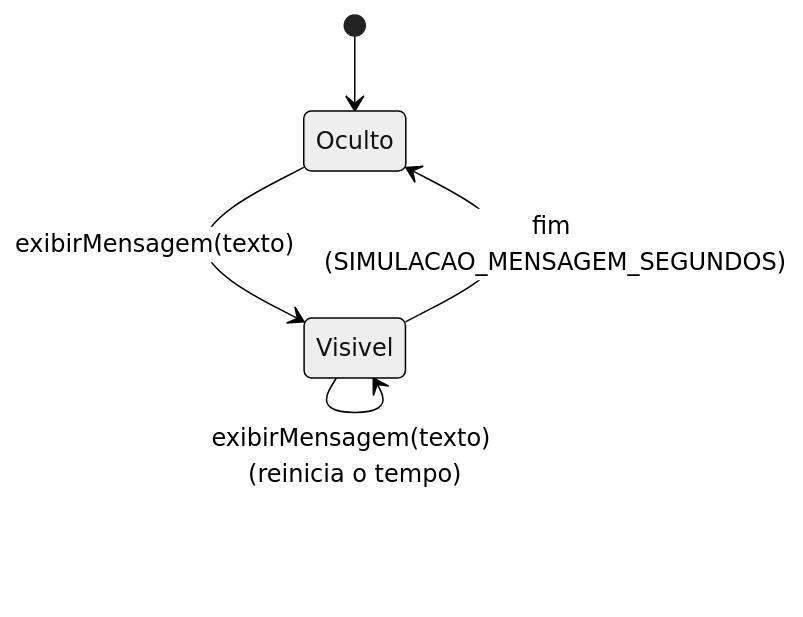
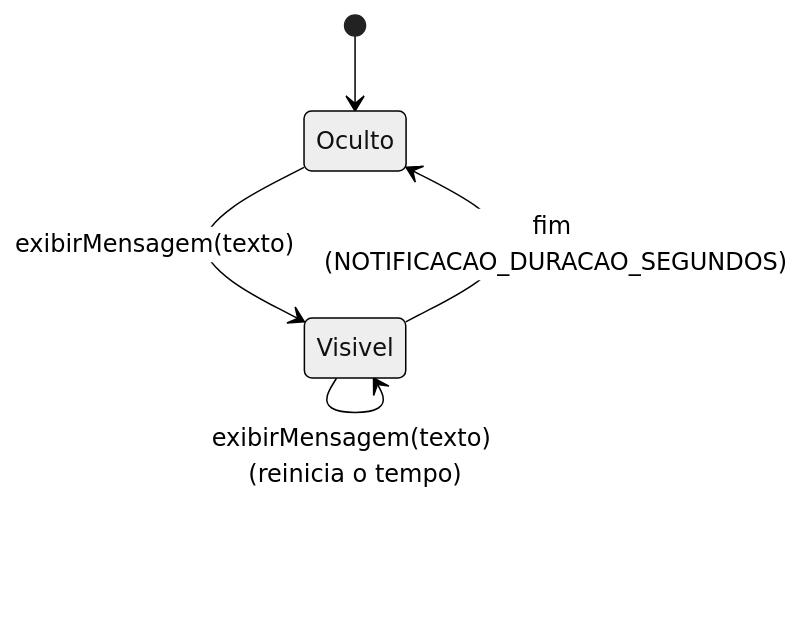
Before and after one commit to claytonfraga/painel_pedidos_component: the seventh of 7 diagrams in openspec/specs/painel-acompanhamento-pedidos/state-machines.md, drawn with Mermaid (neutral theme). The commit also changed other lines of this file and 12 other files, not shown here.

````diff
--- a/openspec/specs/painel-acompanhamento-pedidos/state-machines.md
+++ b/openspec/specs/painel-acompanhamento-pedidos/state-machines.md
@@ -184,7 +170,7 @@
 ```mermaid
 stateDiagram-v2
     [*] --> Oculto
     Oculto --> Visivel : exibirMensagem(texto)
     Visivel --> Visivel : exibirMensagem(texto) (reinicia o tempo)
-    Visivel --> Oculto : fim (SIMULACAO_MENSAGEM_SEGUNDOS)
+    Visivel --> Oculto : fim (NOTIFICACAO_DURACAO_SEGUNDOS)
 ```
````
